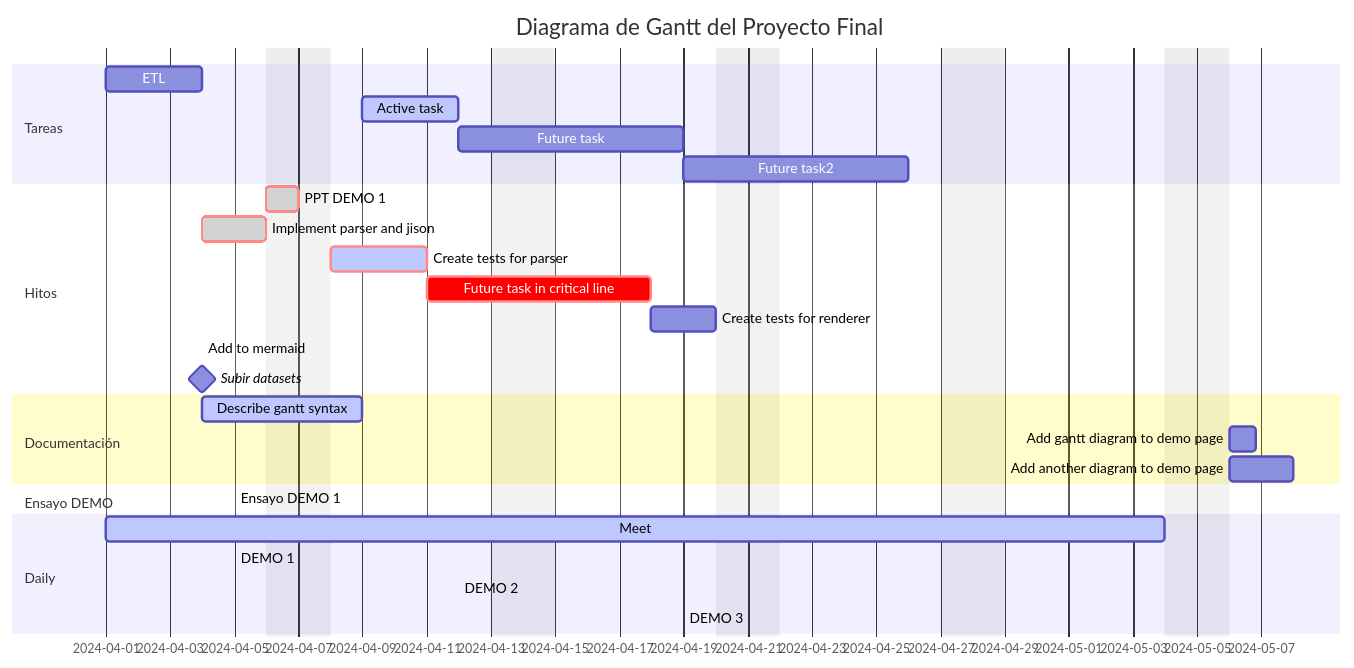
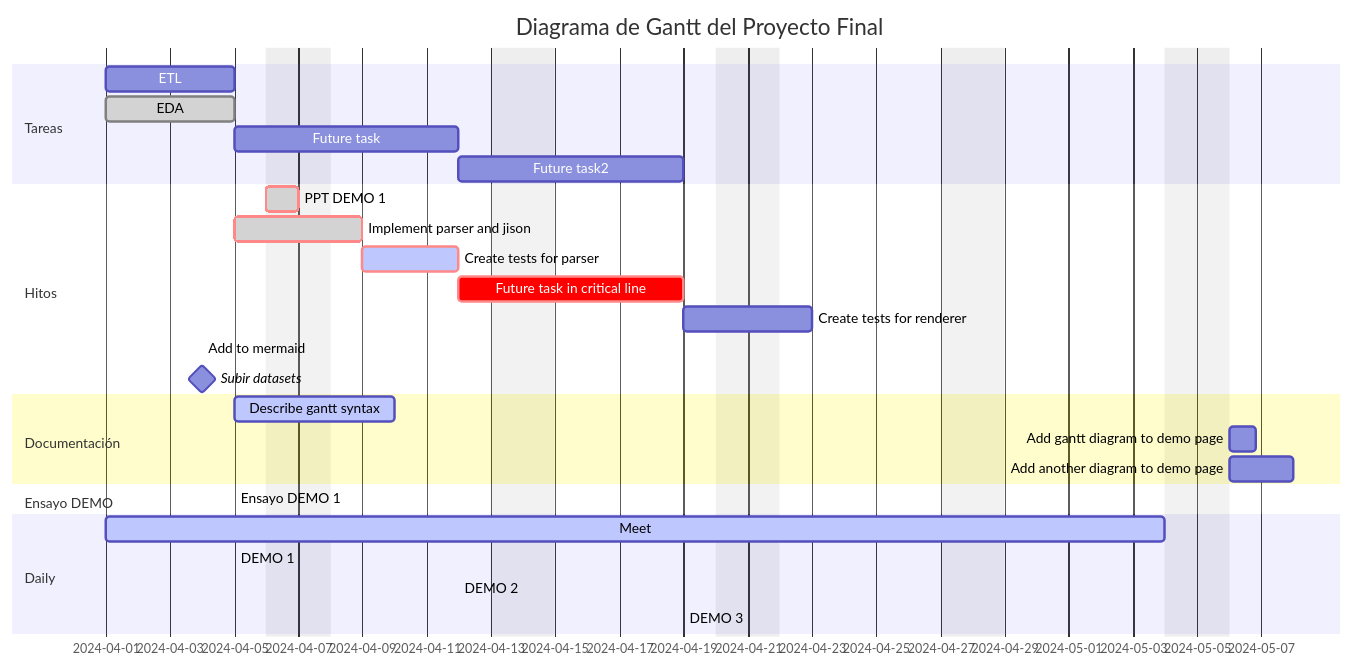
One commit to marceloyuba/SDT changed the first of 3 diagrams in README.md. Above: the diagram before and after it, drawn with Mermaid.

````diff
--- a/README.md
+++ b/README.md
@@ -7,38 +7,38 @@
 ```mermaid
 gantt
    
     dateFormat  YYYY-MM-DD
     title       Diagrama de Gantt del Proyecto Final
     excludes    weekends
     %% (`excludes` accepts specific dates in YYYY-MM-DD format, days of the week ("sunday") or "weekends", but not the word "weekdays".)
 
     section Tareas
-    ETL                       :    des1, 2024-04-01,2024-04-04
-    Active task               :active,  des2, 2024-04-09, 3d
+    ETL                       :done   des1, 2024-04-01,4d
+    EDA                       :done,  des1, 2024-04-01,4d
     Future task               :         des3, after des2, 5d
     Future task2              :         des4, after des3, 5d
 
     section Hitos
     PPT DEMO 1                          :crit, done, 2024-04-06,24h
     Implement parser and jison          :crit, done, after des1, 2d
     Create tests for parser             :crit, active, 3d
     Future task in critical line        :crit, 5d
     Create tests for renderer           :2d
     Add to mermaid                      :until isadded
     Subir datasets                      :milestone, isadded, 2024-04-04, 0d
 
     section Documentación
     Describe gantt syntax               :active, a1, after des1, 3d
     Add gantt diagram to demo page      :after a1  , 20h
     Add another diagram to demo page    :doc1, after a1  , 48h
 
     section Ensayo DEMO
     Ensayo DEMO 1                       :done, after 2024-04-05, 0d
 
     section Daily
     Meet                               :active, a1, 2024-04-01, 25d
     DEMO 1                             :after a1, 2024-04-05, 0d
     DEMO 2                             :after Meet, 2024-04-12, 0d
     DEMO 3                             :after DEMO 2, 2024-04-19, 0d
 
 ```
````
